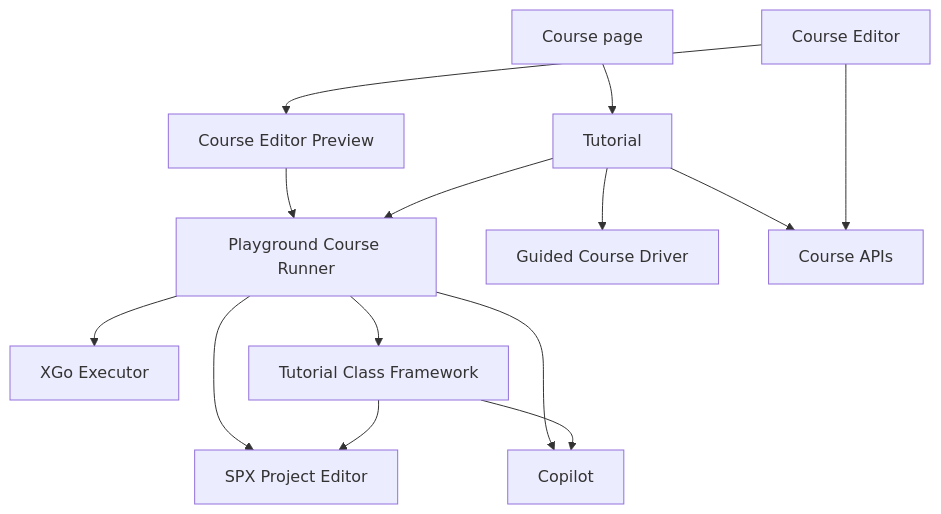
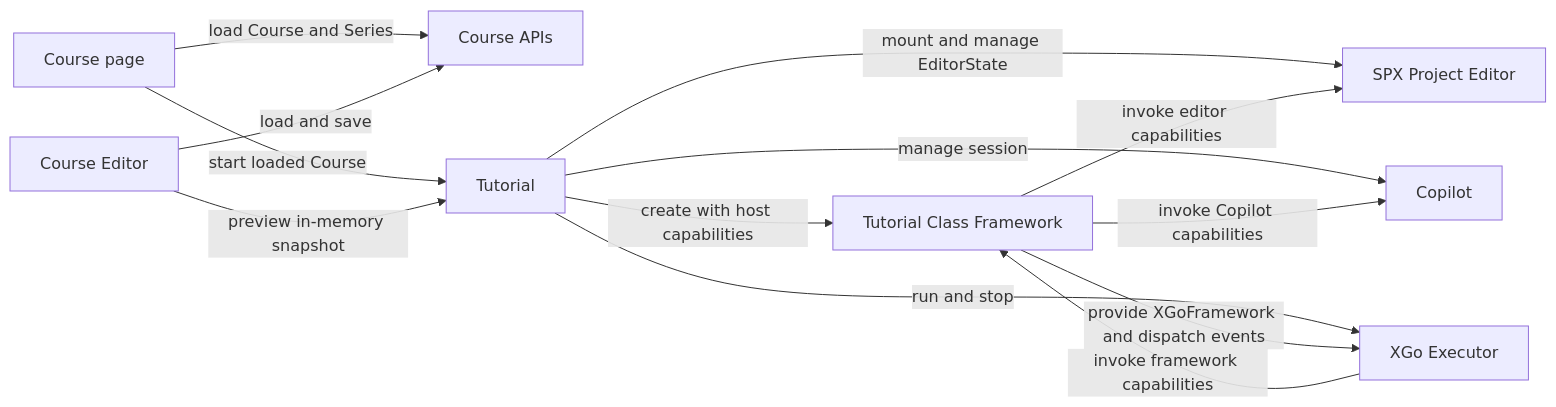
One commit to nighca/goplus-builder changed the diagram in docs/develop/playground-course/index.md. Above: the diagram before and after it, drawn with Mermaid.

Commit message:
docs: update playground course module diagram

````diff
--- a/docs/develop/playground-course/index.md
+++ b/docs/develop/playground-course/index.md
@@ -93,16 +93,18 @@
 ```mermaid
-flowchart TD
-    Learn["Course page"] --> Tutorial
-    Preview["Course Editor Preview"] --> PlaygroundRunner["Playground Course Runner"]
-    Tutorial --> GuidedDriver["Guided Course Driver"]
-    Tutorial --> PlaygroundRunner
-    Tutorial --> CourseApis["Course APIs"]
-    CourseEditor["Course Editor"] --> CourseApis
-    CourseEditor --> Preview
-    PlaygroundRunner --> ProjectEditor["SPX Project Editor"]
-    PlaygroundRunner --> Executor["XGo Executor"]
-    PlaygroundRunner --> Copilot
-    PlaygroundRunner --> Framework["Tutorial Class Framework"]
-    Framework --> ProjectEditor
-    Framework --> Copilot
+flowchart LR
+    CoursePage["Course page"] -->|load Course and Series| CourseApis["Course APIs"]
+    CoursePage -->|start loaded Course| Tutorial
+
+    CourseEditor["Course Editor"] -->|load and save| CourseApis
+    CourseEditor -->|preview in-memory snapshot| Tutorial
+
+    Tutorial -->|mount and manage EditorState| ProjectEditor["SPX Project Editor"]
+    Tutorial -->|manage session| Copilot
+    Tutorial -->|create with host capabilities| Framework["Tutorial Class Framework"]
+    Tutorial -->|run and stop| Executor["XGo Executor"]
+
+    Framework -->|provide XGoFramework and dispatch events| Executor
+    Executor -->|invoke framework capabilities| Framework
+    Framework -->|invoke editor capabilities| ProjectEditor
+    Framework -->|invoke Copilot capabilities| Copilot
 ```
````
